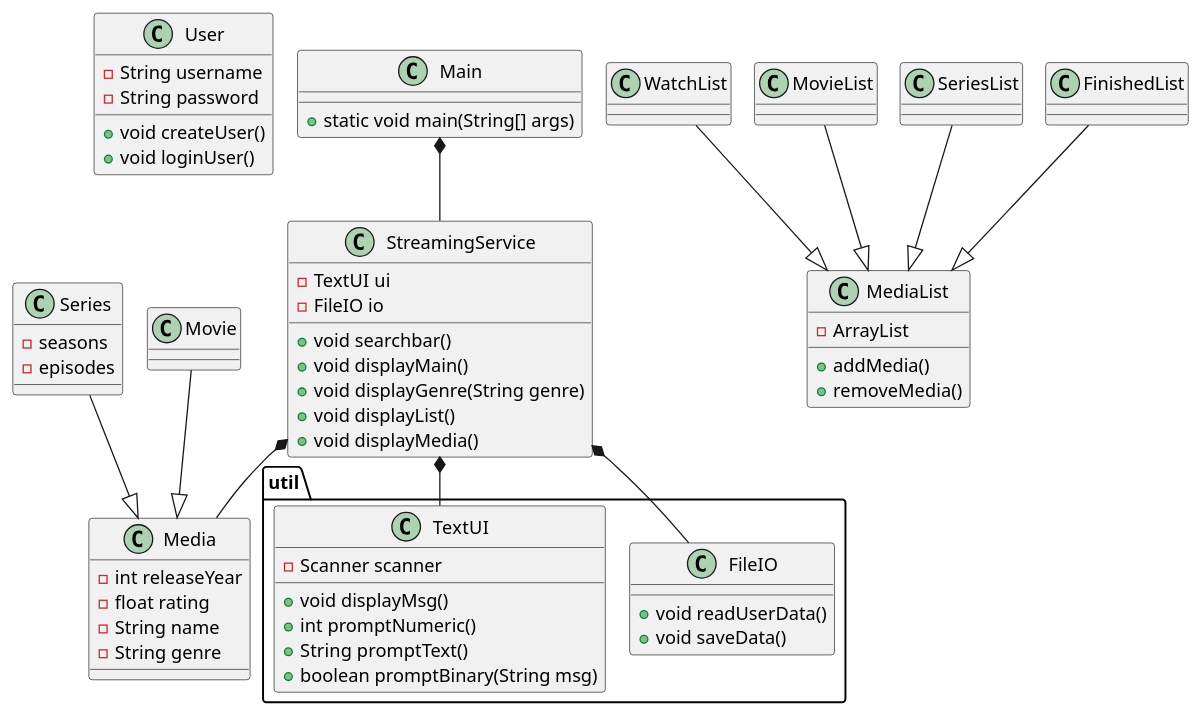
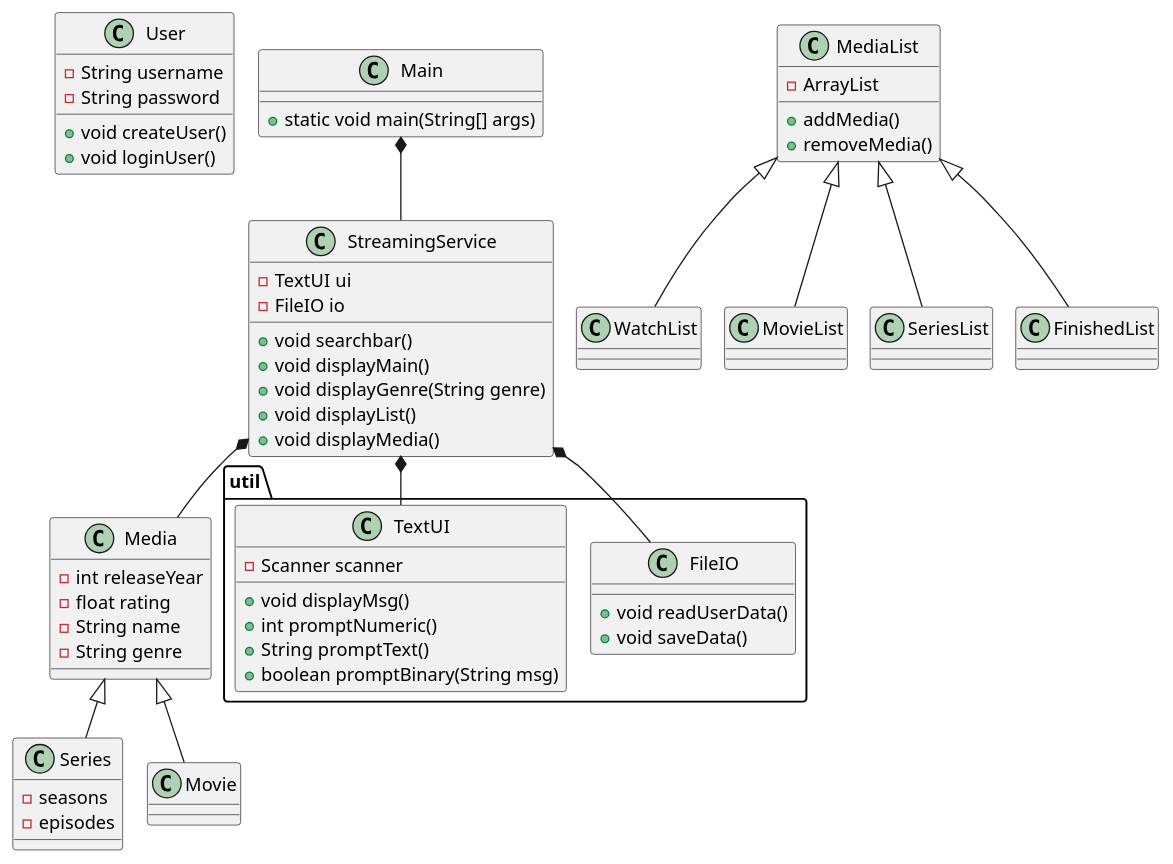
Before and after one commit to AndreasKuke/SP3-TMA: the diagram in doc/ClassDiagram.puml, drawn with PlantUML.

Commit message:
Updated ClassDiagram

```diff
--- a/doc/ClassDiagram.puml
+++ b/doc/ClassDiagram.puml
@@ -1,91 +1,93 @@
 @startuml
 'https://plantuml.com/sequence-diagram
 !pragma layout smetana
 
 class User{
 - String username
 - String password
 + void createUser()
 + void loginUser()
 }
 
 class Main{
 
 + static void main(String[] args)
 }
 
 class StreamingService{
 
 + void searchbar()
 - TextUI ui
 - FileIO io
 + void displayMain()
 + void displayGenre(String genre)
 + void displayList()
 + void displayMedia()
 
 
 
 }
 
 class MediaList{
 
 - ArrayList
 + addMedia()
 + removeMedia()
 
 
 }
 
 package "util" {
 
 class FileIO{
 + void readUserData()
 + void saveData()
 
 }
 class TextUI{
 - Scanner scanner
 + void displayMsg()
 + int promptNumeric()
 + String promptText()
 + boolean promptBinary(String msg)
 
 }
 }
 
 class Media{
 
 - int releaseYear
 - float rating
 - String name
 - String genre
 
 
 
 }
 
 class Series{
 
 - seasons
 - episodes
 
 }
 
 
-Movie --|> Media
-Series --|> Media
+
+Media <|-- Movie
+Media <|-- Series
+
 StreamingService *-- Media
 
 
-WatchList --|> MediaList
-MovieList --|> MediaList
-SeriesList --|> MediaList
-FinishedList --|> MediaList
+MediaList <|-- WatchList
+MediaList <|-- MovieList
+MediaList <|-- SeriesList
+MediaList <|-- FinishedList
 
 Main *-- StreamingService
 
 
 StreamingService *-- TextUI
 StreamingService *-- FileIO
 @enduml
```
